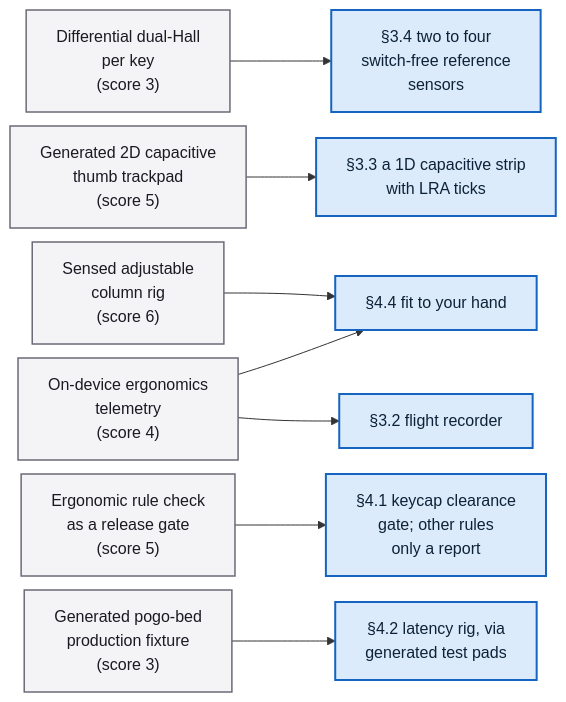
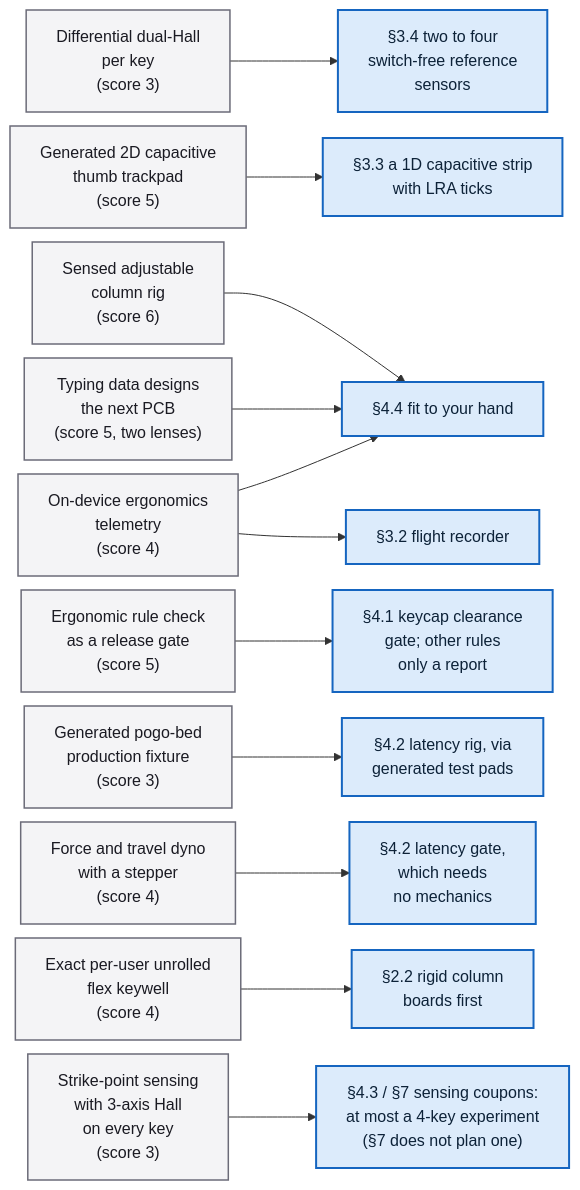
One commit to tyevco/prettycoolboards changed the second of 2 diagrams in keyboard/docs/research.md. Above: the diagram before and after it, drawn with Mermaid. The commit also changed other lines of this file and 72 other files, not shown here.

````diff
--- a/keyboard/docs/research.md
+++ b/keyboard/docs/research.md
@@ -205,35 +208,46 @@
 ```mermaid
 ---
 config:
   # the docs theme sets p { line-height: 28px }, which would clip the labels mermaid measured at 1.5
   themeCSS: "p { line-height: inherit; }"
   flowchart:
     nodeSpacing: 14
     rankSpacing: 70
 ---
 flowchart LR
   I1["Differential dual-Hall<br/>per key<br/>(score 3)"]:::idea
   I2["Generated 2D capacitive<br/>thumb trackpad<br/>(score 5)"]:::idea
   I3["Sensed adjustable<br/>column rig<br/>(score 6)"]:::idea
+  I9["Typing data designs<br/>the next PCB<br/>(score 5, two lenses)"]:::idea
   I4["On-device ergonomics<br/>telemetry<br/>(score 4)"]:::idea
   I5["Ergonomic rule check<br/>as a release gate<br/>(score 5)"]:::idea
   I6["Generated pogo-bed<br/>production fixture<br/>(score 3)"]:::idea
+  I10["Force and travel dyno<br/>with a stepper<br/>(score 4)"]:::idea
+  I7["Exact per-user unrolled<br/>flex keywell<br/>(score 4)"]:::idea
+  I8["Strike-point sensing<br/>with 3-axis Hall<br/>on every key<br/>(score 3)"]:::idea
 
   T1["§3.4 two to four<br/>switch-free reference<br/>sensors"]:::pick
   T2["§3.3 a 1D capacitive strip<br/>with LRA ticks"]:::pick
   T3["§4.4 fit to your hand"]:::pick
   T4["§3.2 flight recorder"]:::pick
   T5["§4.1 keycap clearance<br/>gate; other rules<br/>only a report"]:::pick
   T6["§4.2 latency rig, via<br/>generated test pads"]:::pick
+  T9["§4.2 latency gate,<br/>which needs<br/>no mechanics"]:::pick
+  T7["§2.2 rigid column<br/>boards first"]:::pick
+  T8["§4.3 / §7 sensing coupons:<br/>at most a 4-key experiment<br/>(§7 does not plan one)"]:::pick
 
   I1 --> T1
   I2 --> T2
   I3 --> T3
+  I9 --> T3
+  I4 --> T3
   I4 --> T4
-  I4 --> T3
   I5 --> T5
   I6 --> T6
+  I10 --> T9
+  I7 --> T7
+  I8 --> T8
 
   classDef idea fill:#f4f4f6,stroke:#6b6b78,stroke-width:1.5px,color:#1a1a22
   classDef pick fill:#dcebfb,stroke:#1565c0,stroke-width:2px,color:#0d2238
 ```
````
